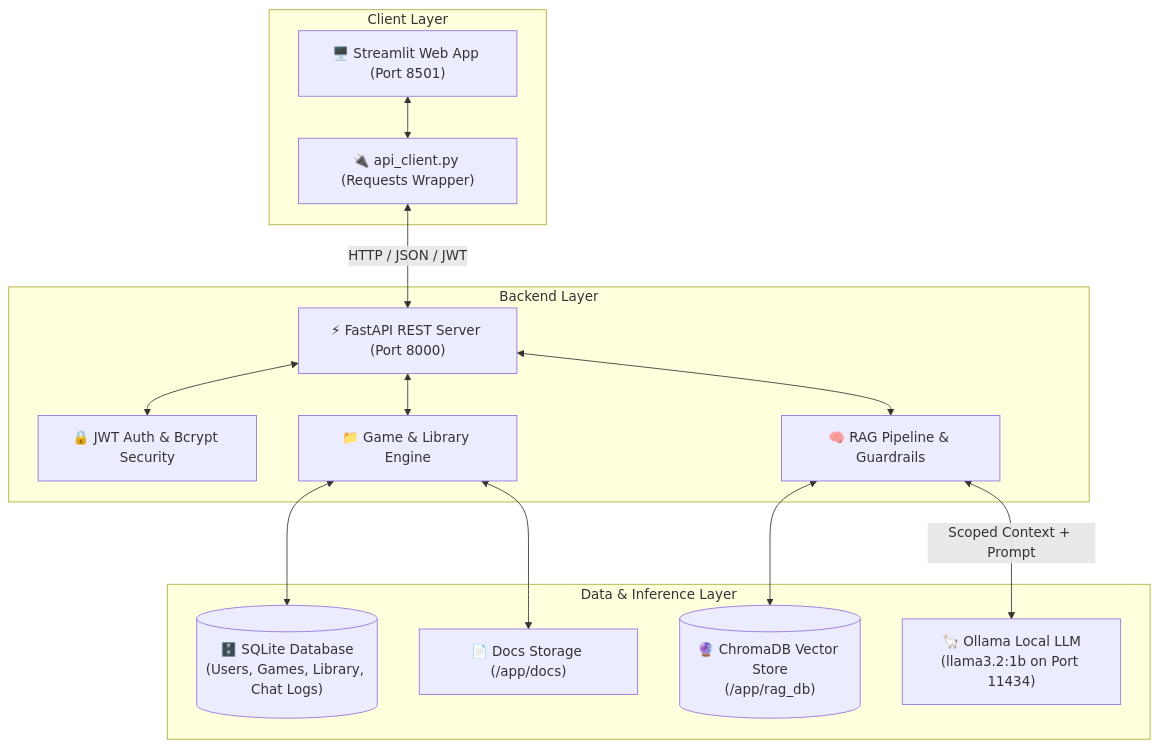
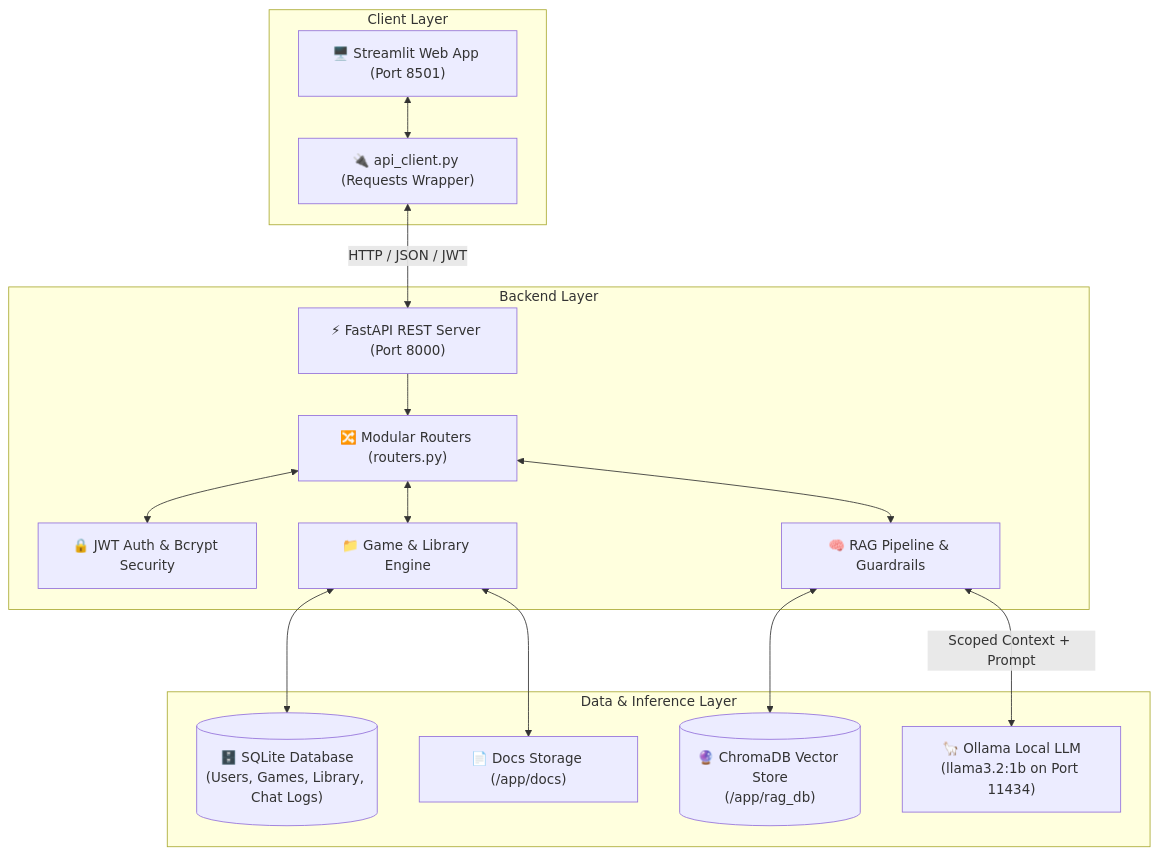
One commit to msaei/tabletop_sage changed the diagram in README.md. Above: the diagram before and after it, drawn with Mermaid. The commit also changed other lines of this file and 4 other files, not shown here.

````diff
--- a/README.md
+++ b/README.md
@@ -9,32 +9,34 @@
 ```mermaid
 flowchart TD
     subgraph Client Layer
         UI["🖥️ Streamlit Web App (Port 8501)"]
         API_Client["🔌 api_client.py (Requests Wrapper)"]
         UI <--> API_Client
     end
 
     subgraph Backend Layer
         API["⚡ FastAPI REST Server (Port 8000)"]
+        ROUTERS["🔀 Modular Routers (routers.py)"]
         AUTH["🔒 JWT Auth & Bcrypt Security"]
         CRUD["📁 Game & Library Engine"]
         RAG["🧠 RAG Pipeline & Guardrails"]
         
         API_Client <-->|HTTP / JSON / JWT| API
-        API <--> AUTH
-        API <--> CRUD
-        API <--> RAG
+        API --> ROUTERS
+        ROUTERS <--> AUTH
+        ROUTERS <--> CRUD
+        ROUTERS <--> RAG
     end
 
     subgraph Data & Inference Layer
         SQLITE[("🗄️ SQLite Database\n(Users, Games, Library, Chat Logs)")]
         DOCS["📄 Docs Storage (/app/docs)"]
         CHROMA[("🔮 ChromaDB Vector Store\n(/app/rag_db)")]
         OLLAMA["🦙 Ollama Local LLM\n(llama3.2:1b on Port 11434)"]
 
         CRUD <--> SQLITE
         CRUD <--> DOCS
         RAG <--> CHROMA
         RAG <-->|Scoped Context + Prompt| OLLAMA
     end
 ```
````
